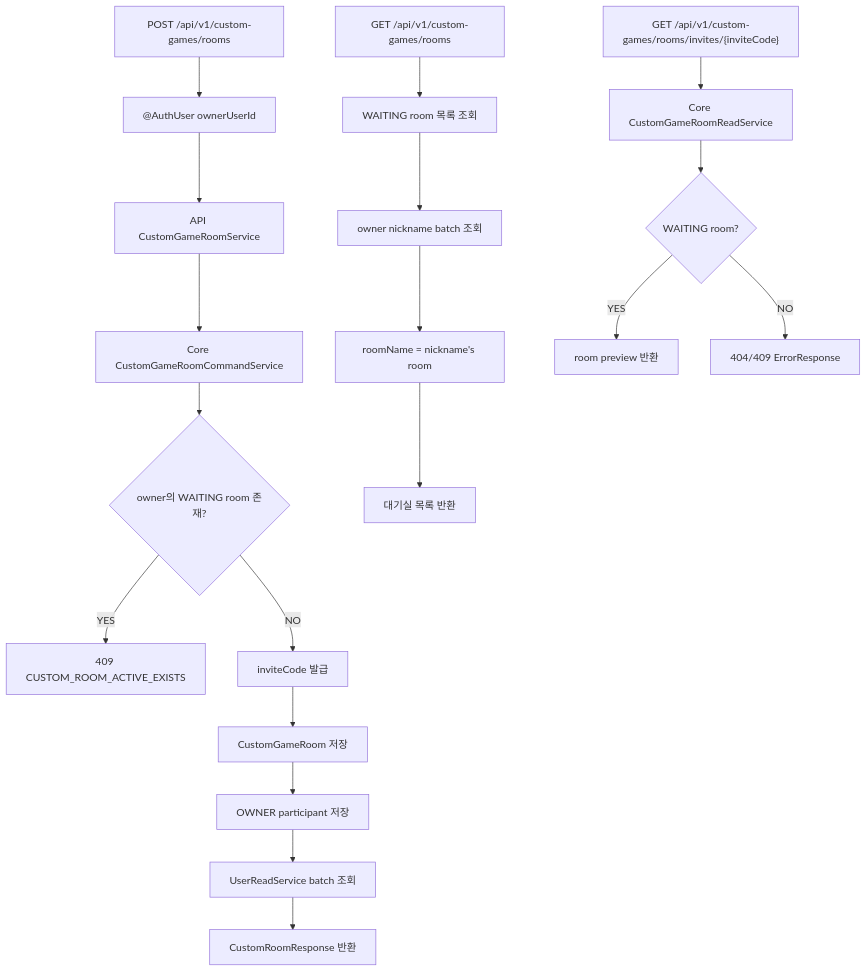
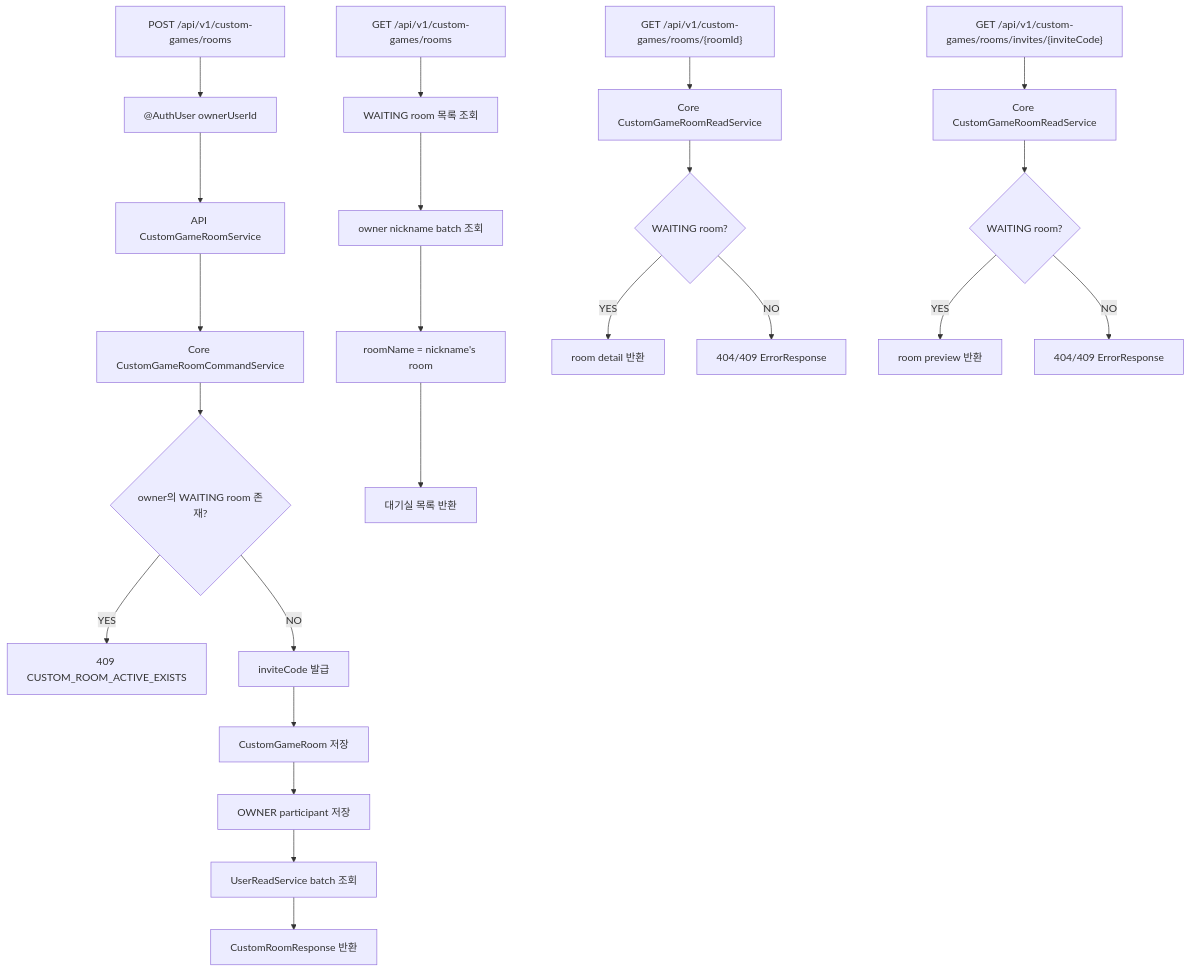
One commit to moonwhistle/League-of-Star changed the first of 4 diagrams in docs/antigravity/backend/issue-124-custom-room-create-read-api.md. Above: the diagram before and after it, drawn with Mermaid. The commit also changed other lines of this file and 2 other files, not shown here.

````diff
--- a/docs/antigravity/backend/issue-124-custom-room-create-read-api.md
+++ b/docs/antigravity/backend/issue-124-custom-room-create-read-api.md
@@ -9,23 +9,28 @@
 ```mermaid
 flowchart TD
     A["POST /api/v1/custom-games/rooms"] --> B["@AuthUser ownerUserId"]
     B --> C["API CustomGameRoomService"]
     C --> D["Core CustomGameRoomCommandService"]
     D --> E{"owner의 WAITING room 존재?"}
     E -->|YES| F["409 CUSTOM_ROOM_ACTIVE_EXISTS"]
     E -->|NO| G["inviteCode 발급"]
     G --> H["CustomGameRoom 저장"]
     H --> I["OWNER participant 저장"]
     I --> J["UserReadService batch 조회"]
     J --> K["CustomRoomResponse 반환"]
 
     L["GET /api/v1/custom-games/rooms"] --> M["WAITING room 목록 조회"]
     M --> N["owner nickname batch 조회"]
     N --> O["roomName = nickname's room"]
     O --> P["대기실 목록 반환"]
 
-    Q["GET /api/v1/custom-games/rooms/invites/{inviteCode}"] --> R["Core CustomGameRoomReadService"]
+    Q["GET /api/v1/custom-games/rooms/{roomId}"] --> R["Core CustomGameRoomReadService"]
     R --> S{"WAITING room?"}
-    S -->|YES| T["room preview 반환"]
+    S -->|YES| T["room detail 반환"]
     S -->|NO| U["404/409 ErrorResponse"]
+
+    V["GET /api/v1/custom-games/rooms/invites/{inviteCode}"] --> W["Core CustomGameRoomReadService"]
+    W --> X{"WAITING room?"}
+    X -->|YES| Y["room preview 반환"]
+    X -->|NO| Z["404/409 ErrorResponse"]
 ```
````
